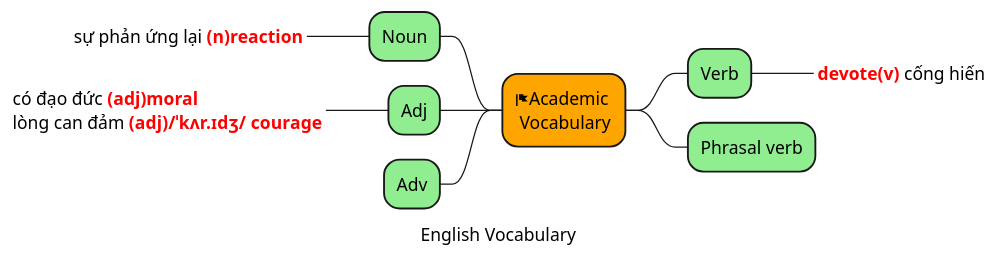
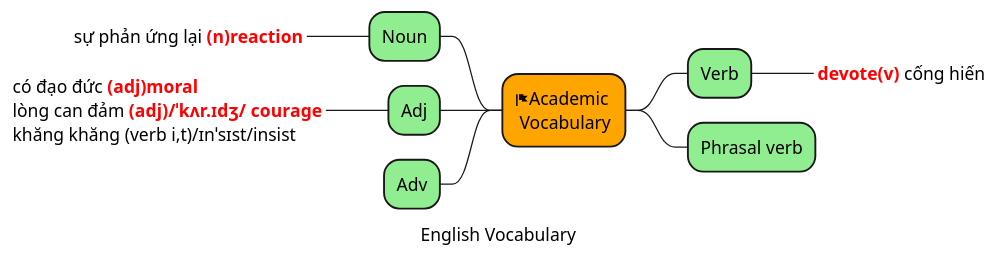
One commit to thanhnv2210/MyPlantuml changed the diagram in src/English/FirstPhrase01/30_Unremeber_Vocabulary.puml. Above: the diagram before and after it, drawn with PlantUML. The commit also changed 9 other files, not shown here.

```diff
--- a/src/English/FirstPhrase01/30_Unremeber_Vocabulary.puml
+++ b/src/English/FirstPhrase01/30_Unremeber_Vocabulary.puml
@@ -1,27 +1,28 @@
 @startmindmap
 caption English Vocabulary
 'title Human
 
 *[#Orange] <&flag>Academic \n Vocabulary
 
 
 **[#lightgreen] Verb
 ***_ <b><color:red>devote(v) </b>cống hiến
 **[#lightgreen] Phrasal verb
 
 left side
 **[#lightgreen] Noun
 ***_  sự phản ứng lại <b><color:red>(n)reaction
 
 **[#lightgreen] Adj
 ***_:có đạo đức <b><color:red>(adj)moral
-lòng can đảm <b><color:red>(adj)/ˈkʌr.ɪdʒ/ courage;
+lòng can đảm <b><color:red>(adj)/ˈkʌr.ɪdʒ/ courage
+khăng khăng (verb i,t)/ɪnˈsɪst/insist;
 **[#lightgreen] Adv
 
 '**[#lightblue] Leisure
 
 
 
 
 
 @endmindmap
```
